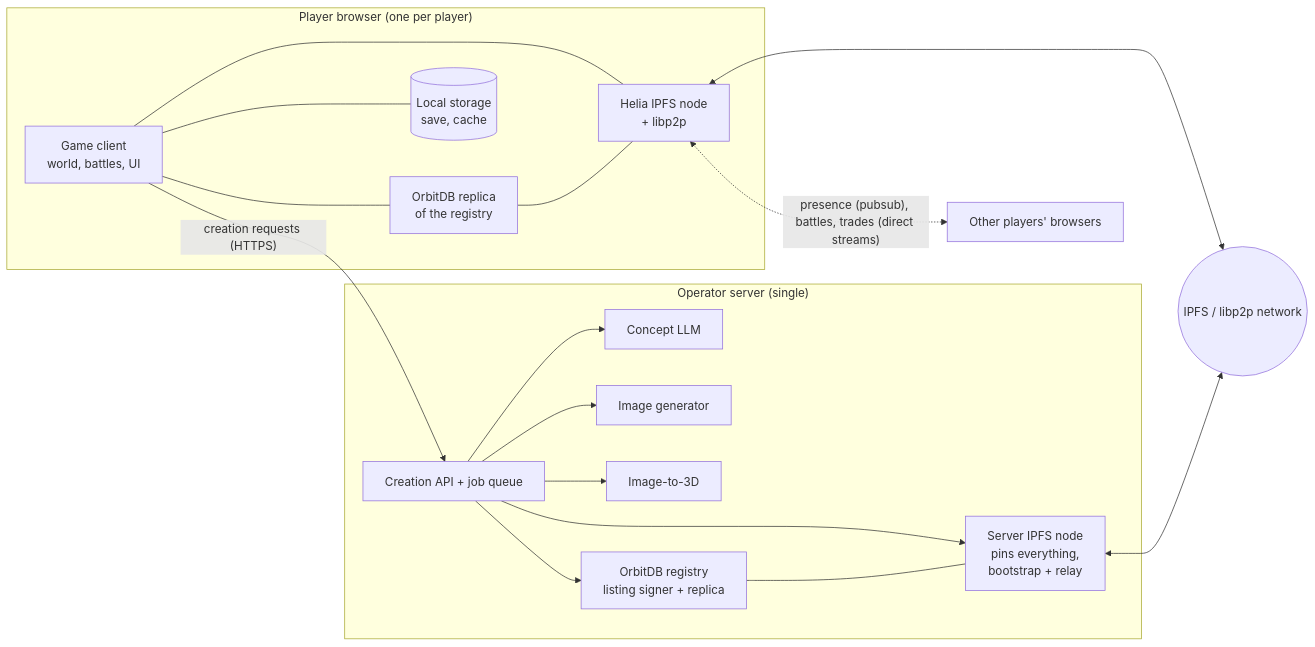
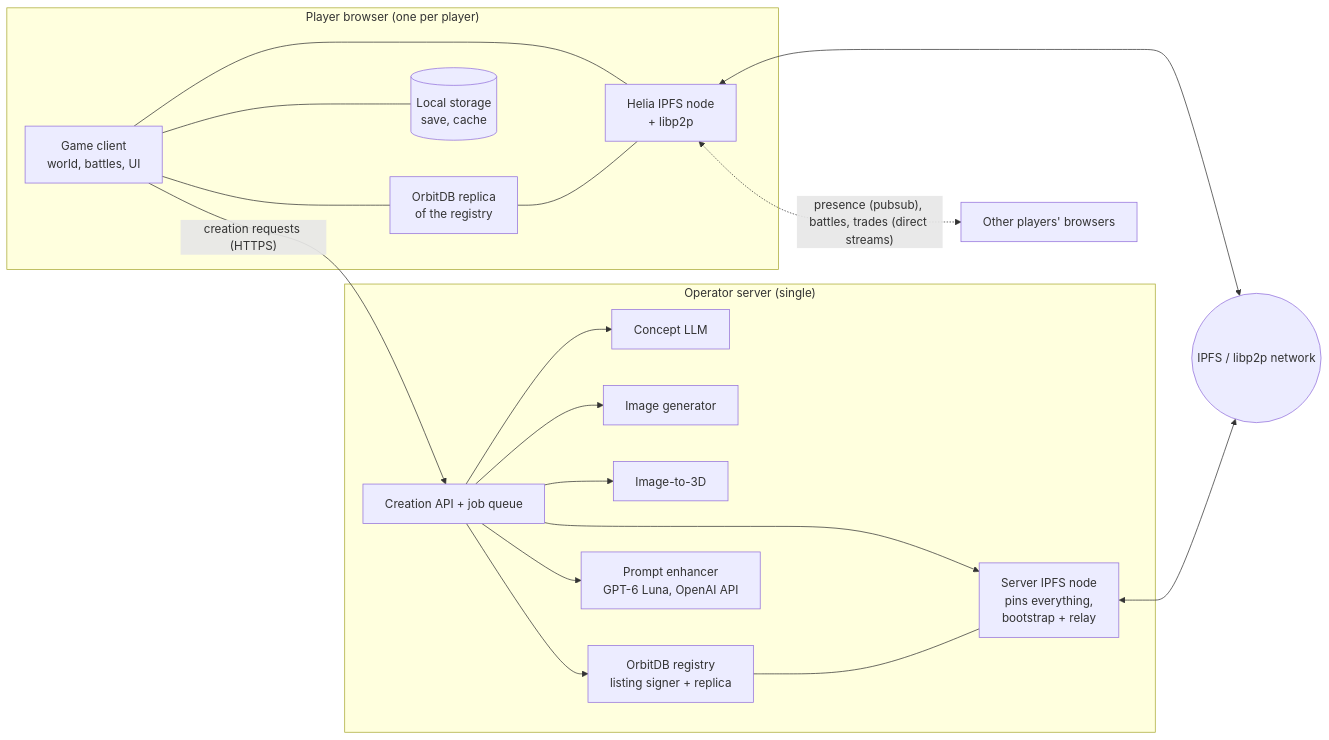
The diagram in wiki/tech/architecture.md (markusklock/peerling-spec), drawn with Mermaid before and after one commit. The commit also changed other lines of this file and 16 other files, not shown here.

First line of the commit message:
Add image prompting: GPT-6 Luna prompt enhancer, Qwen-Image-2.1 with transparency, originality rules, three views (D-0025)

````diff
--- a/wiki/tech/architecture.md
+++ b/wiki/tech/architecture.md
@@ -35,30 +36,32 @@
 ```mermaid
 flowchart LR
   subgraph Browser["Player browser (one per player)"]
     G[Game client<br/>world, battles, UI]
     H[Helia IPFS node<br/>+ libp2p]
     O[OrbitDB replica<br/>of the registry]
     L[(Local storage<br/>save, cache)]
     G --- H
     G --- O
     G --- L
     O --- H
   end
   subgraph Server["Operator server (single)"]
     API[Creation API + job queue]
     LLM[Concept LLM]
     IMG[Image generator]
     T3D[Image-to-3D]
     SN[Server IPFS node<br/>pins everything,<br/>bootstrap + relay]
     SO[OrbitDB registry<br/>listing signer + replica]
     API --> LLM & IMG & T3D
+    API --> PE
     API --> SN
     API --> SO
     SO --- SN
   end
+  PE[Prompt enhancer<br/>GPT-6 Luna, OpenAI API]
   NET((IPFS / libp2p network))
   H <--> NET
   SN <--> NET
   H <-. "presence (pubsub), battles, trades (direct streams)" .-> OtherPlayers[Other players' browsers]
   G -- "creation requests (HTTPS)" --> API
 ```
````
